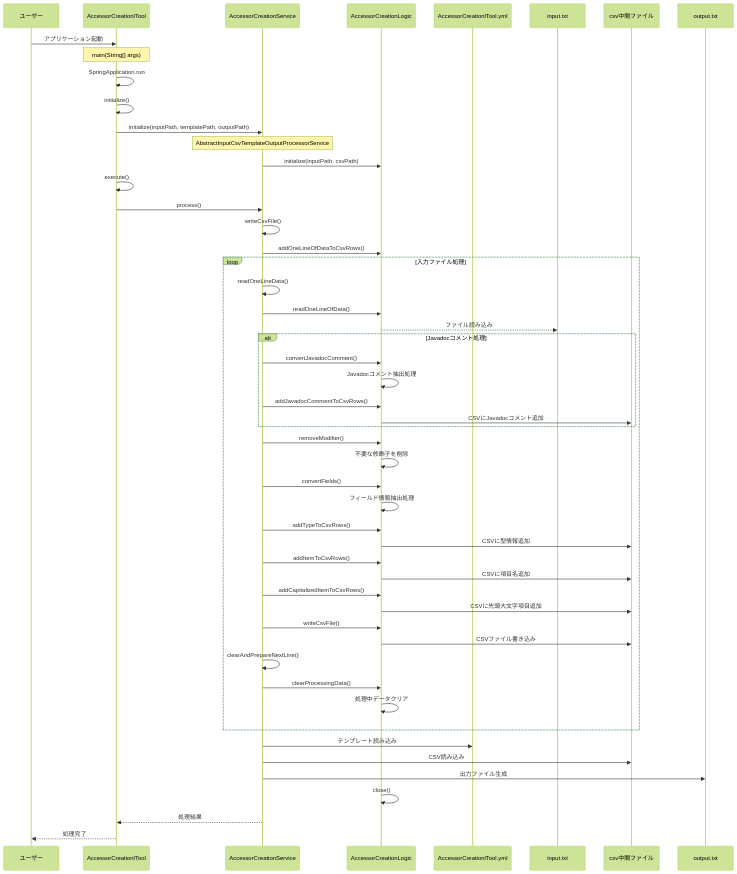
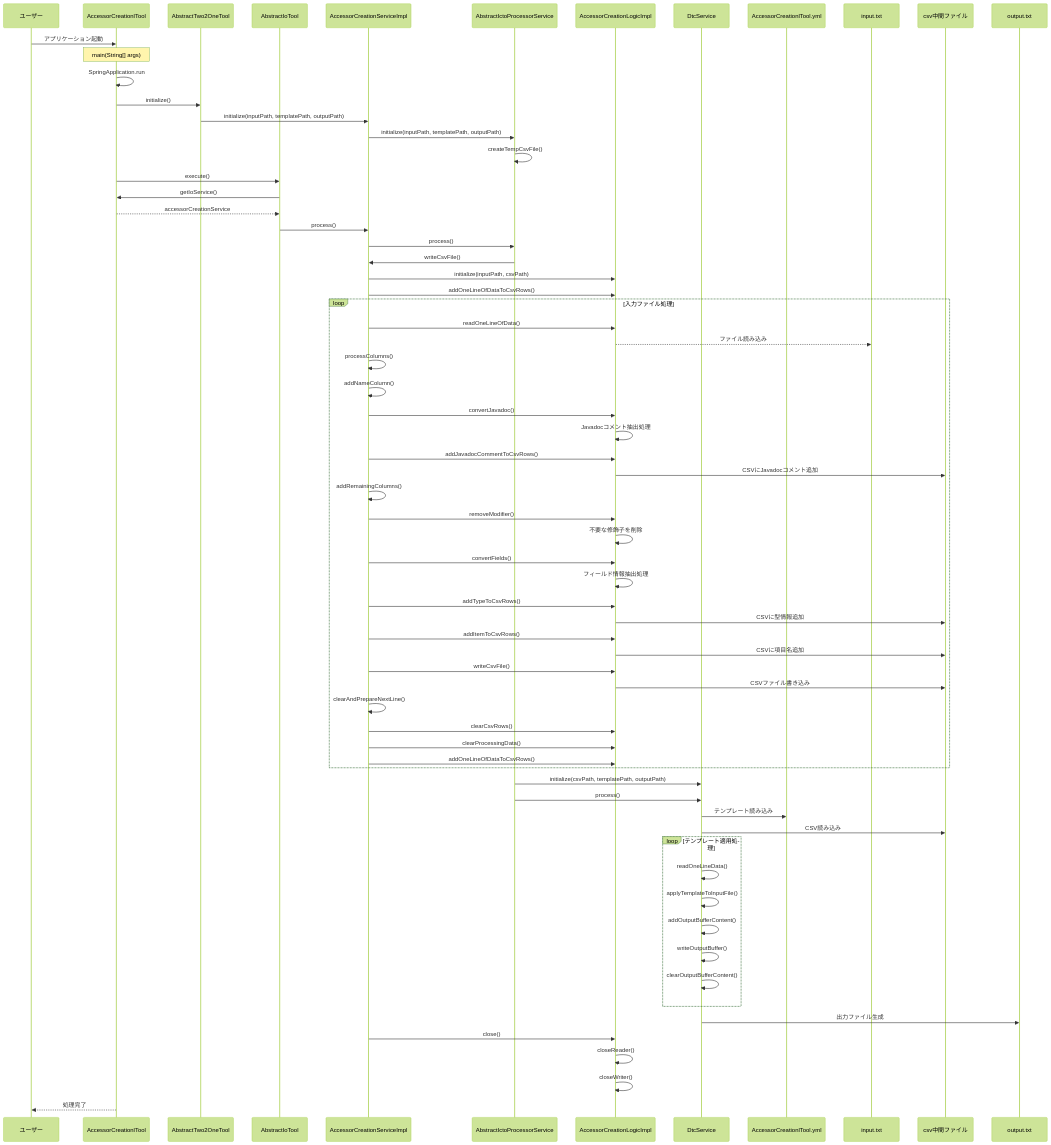
Before and after one commit to KenichiroArai/kmg-tool-base: the diagram in doc/シーケンス図/アクセサ作成ツールのシーケンス図.md, drawn with Mermaid (forest theme). The commit also changed other lines of this file, not shown here.

Commit message:
シーケンス図のドキュメントを更新し、`AccessorCreationlTool`から`AbstractTwo2OneTool`への変更を反映。関連するクラス名を修正し、処理の流れを明確化。コードの可読性と理解を向上させた。

````diff
--- a/doc/シーケンス図/アクセサ作成ツールのシーケンス図.md
+++ b/doc/シーケンス図/アクセサ作成ツールのシーケンス図.md
@@ -10,8 +10,12 @@
 sequenceDiagram
     participant User as ユーザー
     participant ACT as AccessorCreationlTool
-    participant ACService as AccessorCreationService
-    participant ACLogic as AccessorCreationLogic
+    participant AT2OT as AbstractTwo2OneTool
+    participant AIT as AbstractIoTool
+    participant ACService as AccessorCreationServiceImpl
+    participant AIPS as AbstractIctoProcessorService
+    participant ACLogic as AccessorCreationLogicImpl
+    participant DtcService as DtcService
     participant Template as AccessorCreationlTool.yml
     participant Input as input.txt
     participant CSV as csv中間ファイル
@@ -20,29 +24,35 @@
     User->>ACT: アプリケーション起動
     Note over ACT: main(String[] args)
     ACT->>ACT: SpringApplication.run
-    ACT->>ACT: initialize()
-    ACT->>ACService: initialize(inputPath, templatePath, outputPath)
-    Note over ACService: AbstractInputCsvTemplateOutputProcessorService
+
+    ACT->>AT2OT: initialize()
+    AT2OT->>ACService: initialize(inputPath, templatePath, outputPath)
+    ACService->>AIPS: initialize(inputPath, templatePath, outputPath)
+    AIPS->>AIPS: createTempCsvFile()
+
+    ACT->>AIT: execute()
+    AIT->>ACT: getIoService()
+    ACT-->>AIT: accessorCreationService
+    AIT->>ACService: process()
+    ACService->>AIPS: process()
+    AIPS->>ACService: writeCsvFile()
+
     ACService->>ACLogic: initialize(inputPath, csvPath)
-
-    ACT->>ACT: execute()
-    ACT->>ACService: process()
-    ACService->>ACService: writeCsvFile()
-
     ACService->>ACLogic: addOneLineOfDataToCsvRows()
 
     loop 入力ファイル処理
-        ACService->>ACService: readOneLineData()
         ACService->>ACLogic: readOneLineOfData()
         ACLogic-->>Input: ファイル読み込み
 
-        alt Javadocコメント処理
-            ACService->>ACLogic: convertJavadocComment()
-            ACLogic->>ACLogic: Javadocコメント抽出処理
-            ACService->>ACLogic: addJavadocCommentToCsvRows()
-            ACLogic->>CSV: CSVにJavadocコメント追加
-        end
+        ACService->>ACService: processColumns()
 
+        ACService->>ACService: addNameColumn()
+        ACService->>ACLogic: convertJavadoc()
+        ACLogic->>ACLogic: Javadocコメント抽出処理
+        ACService->>ACLogic: addJavadocCommentToCsvRows()
+        ACLogic->>CSV: CSVにJavadocコメント追加
+
+        ACService->>ACService: addRemainingColumns()
         ACService->>ACLogic: removeModifier()
         ACLogic->>ACLogic: 不要な修飾子を削除
 
@@ -55,23 +65,33 @@
         ACService->>ACLogic: addItemToCsvRows()
         ACLogic->>CSV: CSVに項目名追加
 
-        ACService->>ACLogic: addCapitalizedItemToCsvRows()
-        ACLogic->>CSV: CSVに先頭大文字項目追加
-
         ACService->>ACLogic: writeCsvFile()
         ACLogic->>CSV: CSVファイル書き込み
 
         ACService->>ACService: clearAndPrepareNextLine()
+        ACService->>ACLogic: clearCsvRows()
         ACService->>ACLogic: clearProcessingData()
-        ACLogic->>ACLogic: 処理中データクリア
+        ACService->>ACLogic: addOneLineOfDataToCsvRows()
     end
 
-    ACService->>Template: テンプレート読み込み
-    ACService->>CSV: CSV読み込み
-    ACService->>Output: 出力ファイル生成
+    AIPS->>DtcService: initialize(csvPath, templatePath, outputPath)
+    AIPS->>DtcService: process()
+    DtcService->>Template: テンプレート読み込み
+    DtcService->>CSV: CSV読み込み
 
-    ACLogic->>ACLogic: close()
-    ACService-->>ACT: 処理結果
+    loop テンプレート適用処理
+        DtcService->>DtcService: readOneLineData()
+        DtcService->>DtcService: applyTemplateToInputFile()
+        DtcService->>DtcService: addOutputBufferContent()
+        DtcService->>DtcService: writeOutputBuffer()
+        DtcService->>DtcService: clearOutputBufferContent()
+    end
+
+    DtcService->>Output: 出力ファイル生成
+
+    ACService->>ACLogic: close()
+    ACLogic->>ACLogic: closeReader()
+    ACLogic->>ACLogic: closeWriter()
 
     ACT-->>User: 処理完了
 ```
````
